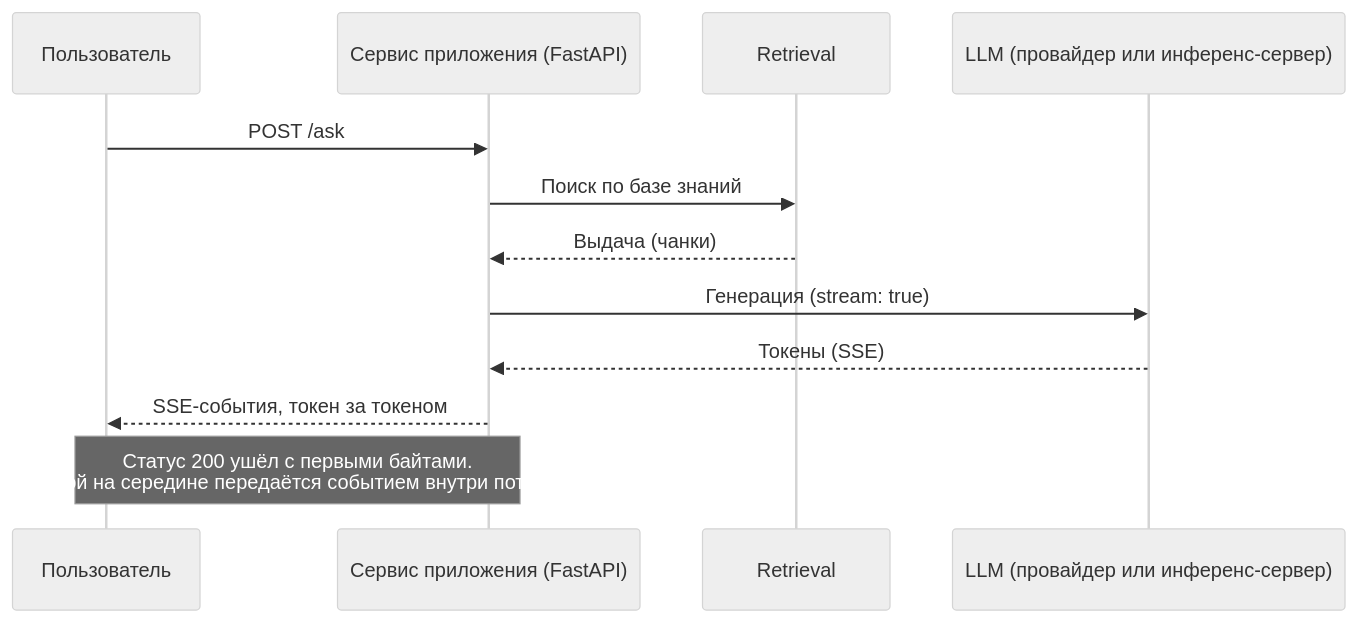
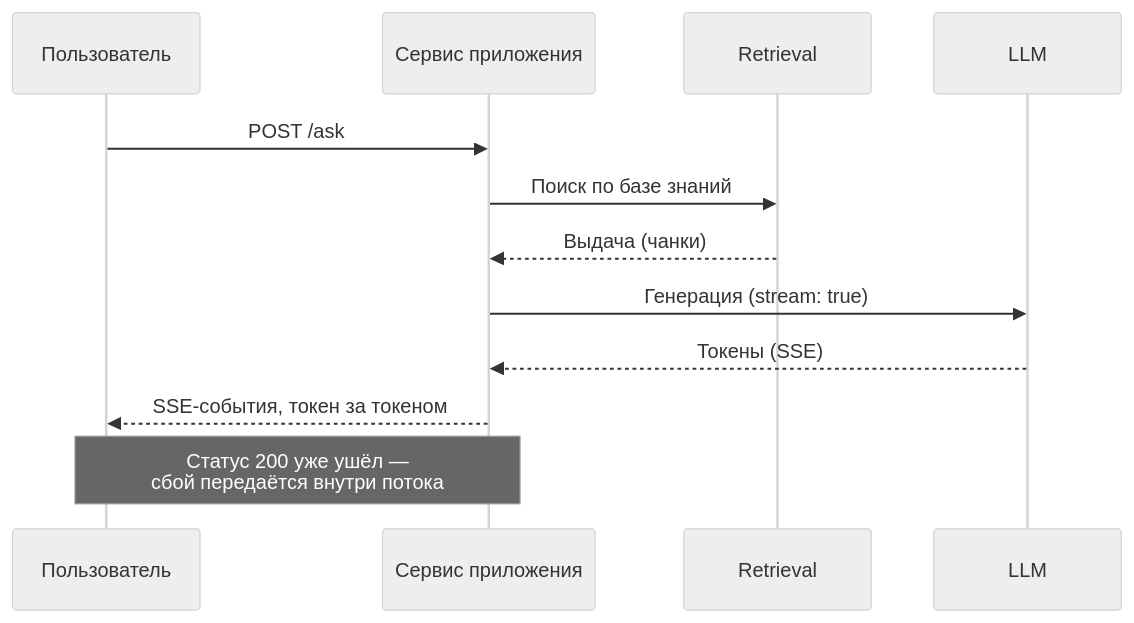
One commit to NikolaiSachok/ai-engineering-handbook changed the first of 2 diagrams in i18n/ru/docusaurus-plugin-content-docs/current/part-3-production/serving/index.md. Above: the diagram before and after it, drawn with Mermaid (neutral theme). The commit also changed other lines of this file and 75 other files, not shown here.

First line of the commit message:
fix(diagrams): re-author wide diagrams, and measure the three locales the gate never saw (#441)

````diff
--- a/i18n/ru/docusaurus-plugin-content-docs/current/part-3-production/serving/index.md
+++ b/i18n/ru/docusaurus-plugin-content-docs/current/part-3-production/serving/index.md
@@ -77,14 +77,14 @@
 ```mermaid
 sequenceDiagram
     participant U as Пользователь
-    participant A as Сервис приложения (FastAPI)
+    participant A as Сервис приложения
     participant R as Retrieval
-    participant M as LLM (провайдер или инференс-сервер)
+    participant M as LLM
     U->>A: POST /ask
     A->>R: Поиск по базе знаний
     R-->>A: Выдача (чанки)
     A->>M: Генерация (stream: true)
     M-->>A: Токены (SSE)
     A-->>U: SSE-события, токен за токеном
-    Note over U,A: Статус 200 ушёл с первыми байтами.<br/>Сбой на середине передаётся событием внутри потока
+    Note over U,A: Статус 200 уже ушёл —<br/>сбой передаётся внутри потока
 ```
````
